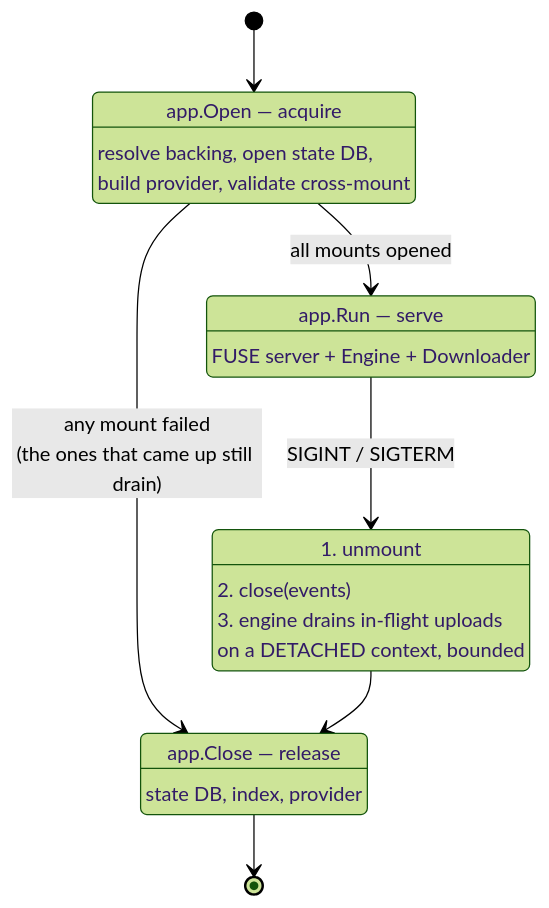
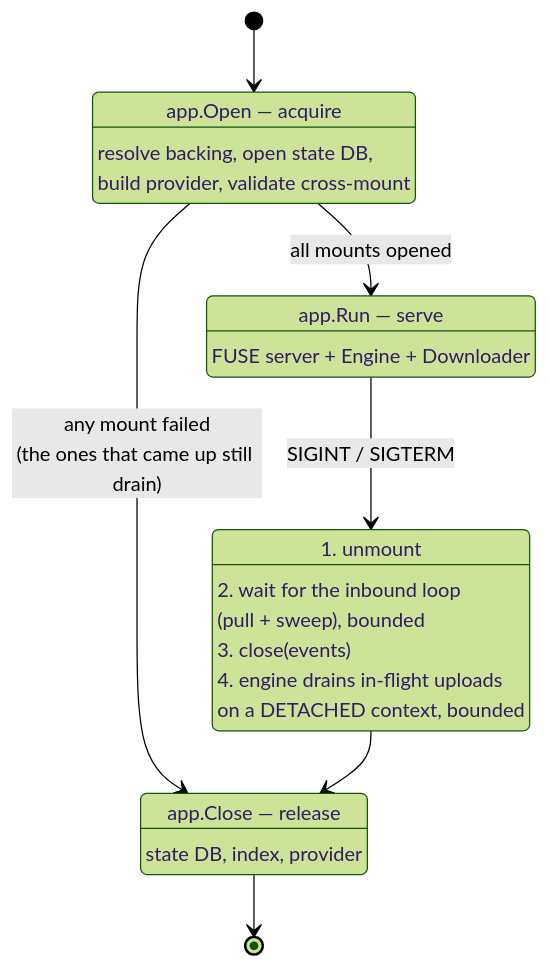
One commit to syshlted/drivel changed the ninth of 9 diagrams in docs/dev/workflows.md. Above: the diagram before and after it, drawn with Mermaid (forest theme). The commit also changed other lines of this file and 10 other files, not shown here.

````diff
--- a/docs/dev/workflows.md
+++ b/docs/dev/workflows.md
@@ -417,21 +417,22 @@
 ```mermaid
 stateDiagram-v2
     [*] --> Opening
     Opening: app.Open — acquire
     Opening: resolve backing, open state DB,<br/>build provider, validate cross-mount
     Opening --> Serving: all mounts opened
     Opening --> Closing: any mount failed<br/>(the ones that came up still drain)
 
     Serving: app.Run — serve
     Serving: FUSE server + Engine + Downloader
     Serving --> Draining: SIGINT / SIGTERM
 
     Draining: 1. unmount
-    Draining: 2. close(events)
-    Draining: 3. engine drains in-flight uploads<br/>on a DETACHED context, bounded
+    Draining: 2. wait for the inbound loop<br/>(pull + sweep), bounded
+    Draining: 3. close(events)
+    Draining: 4. engine drains in-flight uploads<br/>on a DETACHED context, bounded
     Draining --> Closing
 
     Closing: app.Close — release
     Closing: state DB, index, provider
     Closing --> [*]
 ```
````
